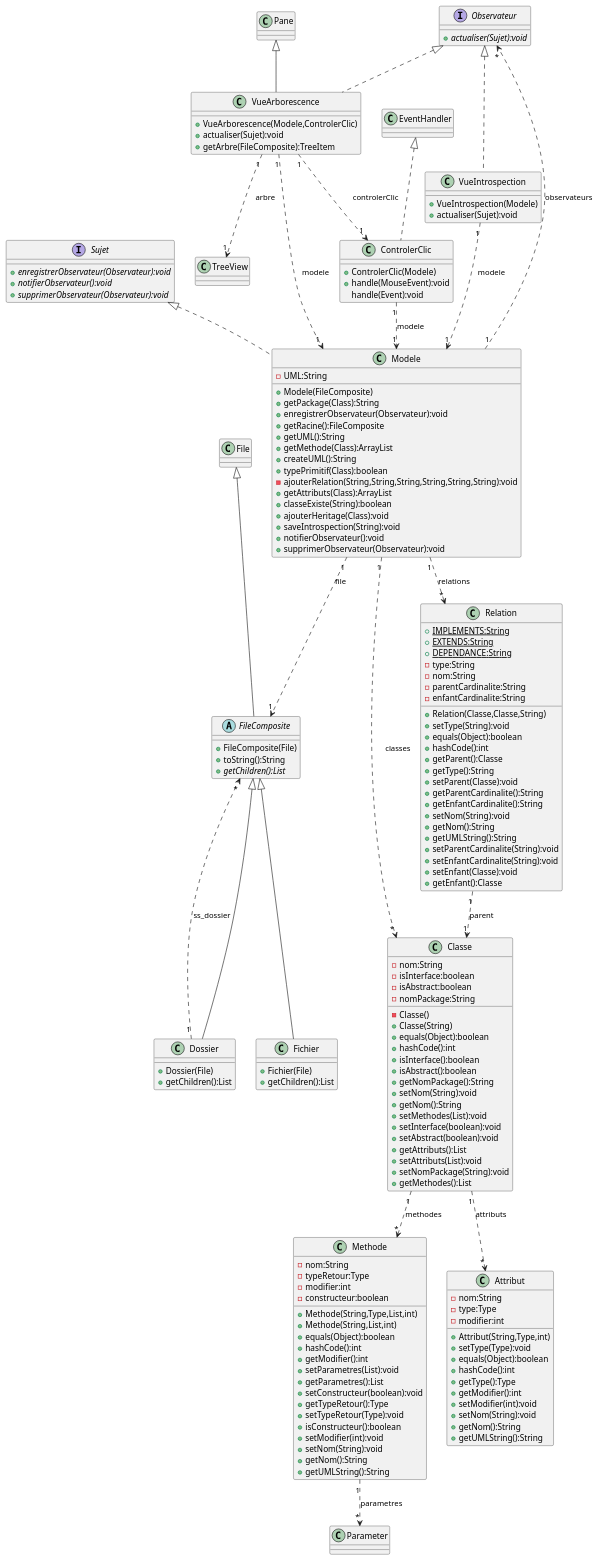
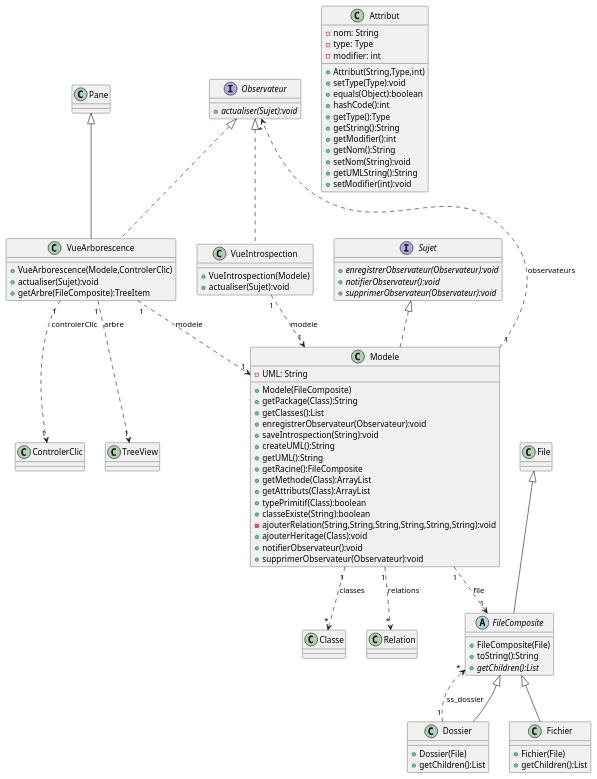
One commit to EliasKho/SAE-Plugin_JavaFx changed the diagram in Diag.puml. Above: the diagram before and after it, drawn with PlantUML. The commit also changed 3 other files, not shown here.

Commit message:
clic sur la zone pour afficher la classe

```diff
--- a/Diag.puml
+++ b/Diag.puml
@@ -1,173 +1,92 @@
 @startuml
 class Modele {
--UML:String
+-UML: String
 +Modele(FileComposite)
 +getPackage(Class):String
++getClasses():List
 +enregistrerObservateur(Observateur):void
++saveIntrospection(String):void
++createUML():String
++getUML():String
 +getRacine():FileComposite
-+getUML():String
 +getMethode(Class):ArrayList
-+createUML():String
++getAttributs(Class):ArrayList
 +typePrimitif(Class):boolean
++classeExiste(String):boolean
 -ajouterRelation(String,String,String,String,String,String):void
-+getAttributs(Class):ArrayList
-+classeExiste(String):boolean
 +ajouterHeritage(Class):void
-+saveIntrospection(String):void
 +notifierObservateur():void
 +supprimerObservateur(Observateur):void
+}
+
+interface Observateur {
++{abstract} actualiser(Sujet):void
 }
 
 interface Sujet {
 +{abstract} enregistrerObservateur(Observateur):void
 +{abstract} notifierObservateur():void
 +{abstract} supprimerObservateur(Observateur):void
 }
 
-abstract class FileComposite {
-+FileComposite(File)
-+toString():String
-+{abstract} getChildren():List
-}
-
-interface Observateur {
-+{abstract} actualiser(Sujet):void
-}
-
-class Classe {
--nom:String
--isInterface:boolean
--isAbstract:boolean
--nomPackage:String
--Classe()
-+Classe(String)
-+equals(Object):boolean
-+hashCode():int
-+isInterface():boolean
-+isAbstract():boolean
-+getNomPackage():String
-+setNom(String):void
-+getNom():String
-+setMethodes(List):void
-+setInterface(boolean):void
-+setAbstract(boolean):void
-+getAttributs():List
-+setAttributs(List):void
-+setNomPackage(String):void
-+getMethodes():List
-}
-
-class Methode {
--nom:String
--typeRetour:Type
--modifier:int
--constructeur:boolean
-+Methode(String,Type,List,int)
-+Methode(String,List,int)
-+equals(Object):boolean
-+hashCode():int
-+getModifier():int
-+setParametres(List):void
-+getParametres():List
-+setConstructeur(boolean):void
-+getTypeRetour():Type
-+setTypeRetour(Type):void
-+isConstructeur():boolean
-+setModifier(int):void
-+setNom(String):void
-+getNom():String
-+getUMLString():String
-}
-
-class Attribut {
--nom:String
--type:Type
--modifier:int
-+Attribut(String,Type,int)
-+setType(Type):void
-+equals(Object):boolean
-+hashCode():int
-+getType():Type
-+getModifier():int
-+setModifier(int):void
-+setNom(String):void
-+getNom():String
-+getUMLString():String
-}
-
-class Relation {
-+{static} IMPLEMENTS:String
-+{static} EXTENDS:String
-+{static} DEPENDANCE:String
--type:String
--nom:String
--parentCardinalite:String
--enfantCardinalite:String
-+Relation(Classe,Classe,String)
-+setType(String):void
-+equals(Object):boolean
-+hashCode():int
-+getParent():Classe
-+getType():String
-+setParent(Classe):void
-+getParentCardinalite():String
-+getEnfantCardinalite():String
-+setNom(String):void
-+getNom():String
-+getUMLString():String
-+setParentCardinalite(String):void
-+setEnfantCardinalite(String):void
-+setEnfant(Classe):void
-+getEnfant():Classe
+class VueIntrospection {
++VueIntrospection(Modele)
++actualiser(Sujet):void
 }
 
 class Dossier {
 +Dossier(File)
 +getChildren():List
 }
 
 class Fichier {
 +Fichier(File)
 +getChildren():List
 }
 
+abstract class FileComposite {
++FileComposite(File)
++toString():String
++{abstract} getChildren():List
+}
+
 class VueArborescence {
 +VueArborescence(Modele,ControlerClic)
 +actualiser(Sujet):void
 +getArbre(FileComposite):TreeItem
 }
 
-class ControlerClic {
-+ControlerClic(Modele)
-+handle(MouseEvent):void
-handle(Event):void
-}
-
-class VueIntrospection {
-+VueIntrospection(Modele)
-+actualiser(Sujet):void
+class Attribut {
+-nom: String
+-type: Type
+-modifier: int
++Attribut(String,Type,int)
++setType(Type):void
++equals(Object):boolean
++hashCode():int
++getType():Type
++getString():String
++getModifier():int
++getNom():String
++setNom(String):void
++getUMLString():String
++setModifier(int):void
 }
 
 Modele "1" ..> "1" FileComposite : file
 Modele "1" ..> "*" Observateur : observateurs
 Modele "1" ..> "*" Classe : classes
 Modele "1" ..> "*" Relation : relations
 Modele .u.|> Sujet : ""
-FileComposite -u-|> File : ""
-Classe "1" ..> "*" Methode : methodes
-Classe "1" ..> "*" Attribut : attributs
-Methode "1" ..> "*" Parameter : parametres
-Relation "1" ..> "1" Classe : parent
+VueIntrospection "1" ..> "1" Modele : modele
+VueIntrospection .u.|> Observateur : ""
 Dossier "1" ..> "*" FileComposite : ss_dossier
 Dossier -u-|> FileComposite : ""
 Fichier -u-|> FileComposite : ""
+FileComposite -u-|> File : ""
 VueArborescence "1" ..> "1" TreeView : arbre
 VueArborescence "1" ..> "1" Modele : modele
 VueArborescence "1" ..> "1" ControlerClic : controlerClic
 VueArborescence -u-|> Pane : ""
 VueArborescence .u.|> Observateur : ""
-ControlerClic "1" ..> "1" Modele : modele
-ControlerClic .u.|> EventHandler : ""
-VueIntrospection "1" ..> "1" Modele : modele
-VueIntrospection .u.|> Observateur : ""
 @enduml
```
